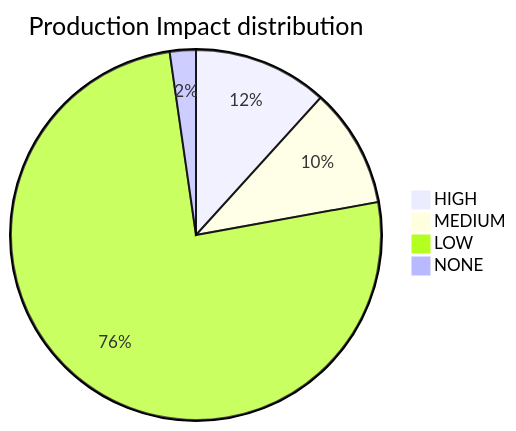
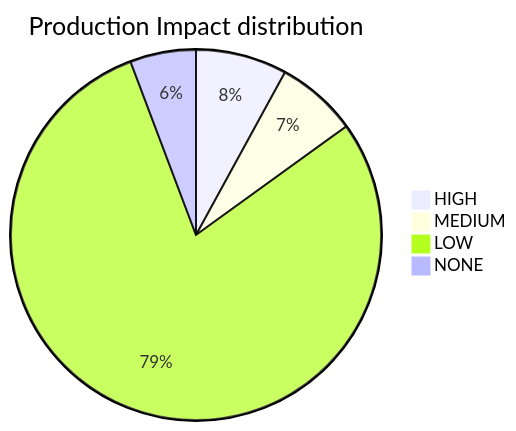
The diagram in docs/10-governance/reports/HEALTH_AUDIT_LOG.md (mikeybeezy/goldenpath-idp-infra), drawn with Mermaid before and after one commit. The commit also changed other lines of this file and 4 other files, not shown here.

````diff
--- a/docs/10-governance/reports/HEALTH_AUDIT_LOG.md
+++ b/docs/10-governance/reports/HEALTH_AUDIT_LOG.md
@@ -586,7 +52,7 @@
 ```mermaid
 pie title Production Impact distribution
     "HIGH" : 36
     "MEDIUM" : 32
-    "LOW" : 232
-    "NONE" : 7
+    "LOW" : 358
+    "NONE" : 26
 ```
````
